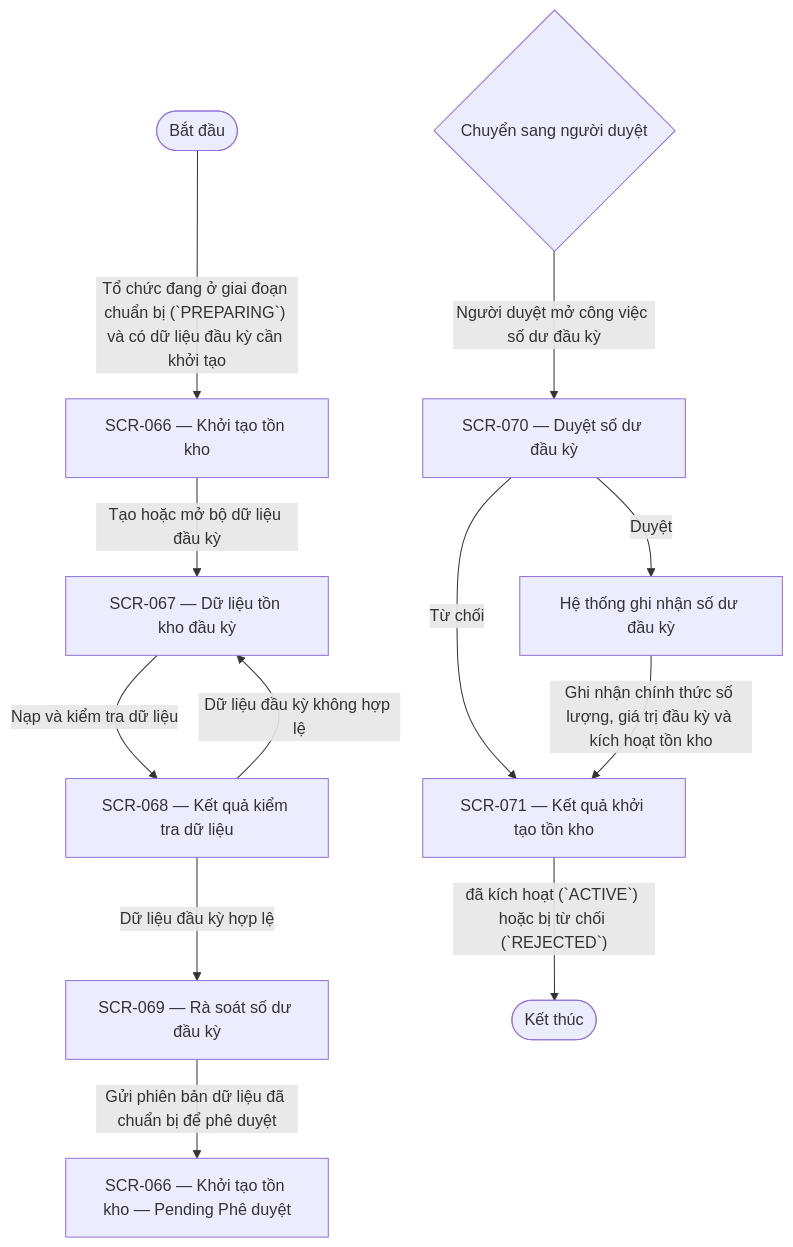
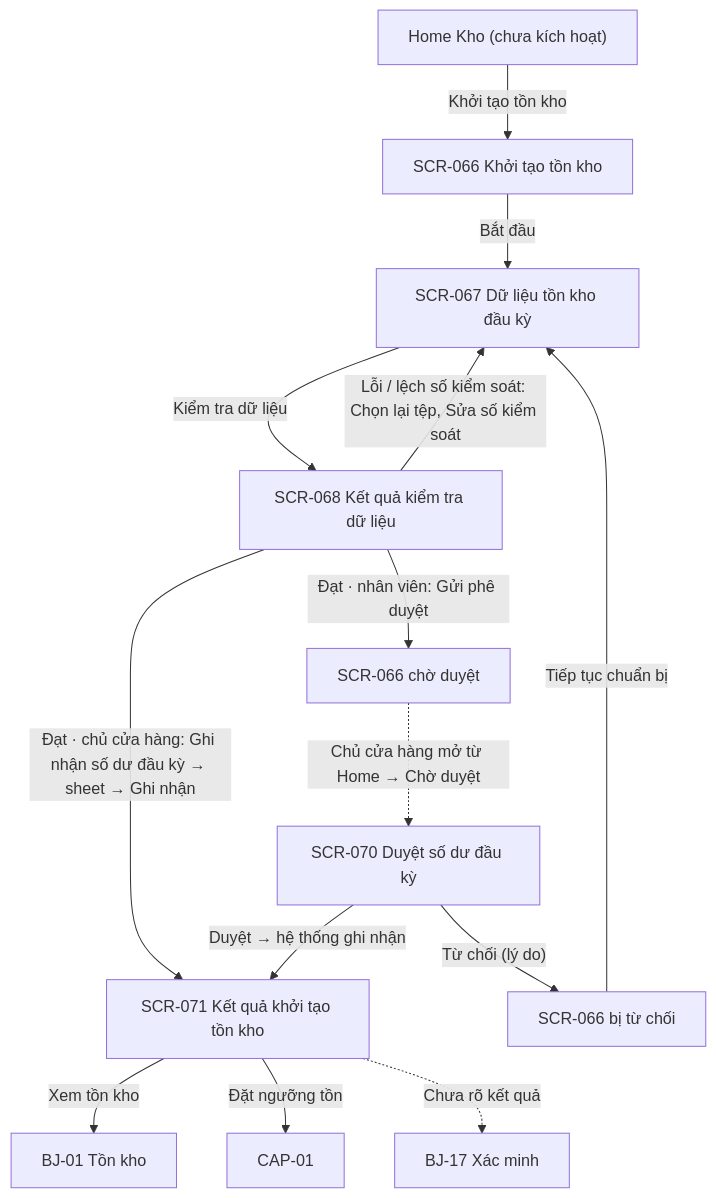
One commit to DsChien102/erp-sales-inventory changed the diagram in specs/themes/theme-07/03.design/flows/UIF-12-BJ-12.md. Above: the diagram before and after it, drawn with Mermaid. The commit also changed other lines of this file and 50 other files, not shown here.

````diff
--- a/specs/themes/theme-07/03.design/flows/UIF-12-BJ-12.md
+++ b/specs/themes/theme-07/03.design/flows/UIF-12-BJ-12.md
@@ -39,25 +37,16 @@
 ```mermaid
 flowchart TD
-    BEGIN(["Bắt đầu"])
-    SCR_066["SCR-066 — Khởi tạo tồn kho"]
-    SCR_067["SCR-067 — Dữ liệu tồn kho đầu kỳ"]
-    SCR_068["SCR-068 — Kết quả kiểm tra dữ liệu"]
-    SCR_069["SCR-069 — Rà soát số dư đầu kỳ"]
-    SCR_066_PENDING_APPROVAL["SCR-066 — Khởi tạo tồn kho — Pending Phê duyệt"]
-    HANDOFF_APPROVAL{"Chuyển sang người duyệt"}
-    SCR_070["SCR-070 — Duyệt số dư đầu kỳ"]
-    SCR_071["SCR-071 — Kết quả khởi tạo tồn kho"]
-    SYSTEM_COMMIT["Hệ thống ghi nhận số dư đầu kỳ"]
-    END(["Kết thúc"])
-    BEGIN -->|"Tổ chức đang ở giai đoạn chuẩn bị (`PREPARING`) và có dữ liệu đầu kỳ cần khởi tạo"| SCR_066
-    SCR_066 -->|"Tạo hoặc mở bộ dữ liệu đầu kỳ"| SCR_067
-    SCR_067 -->|"Nạp và kiểm tra dữ liệu"| SCR_068
-    SCR_068 -->|"Dữ liệu đầu kỳ hợp lệ"| SCR_069
-    SCR_068 -->|"Dữ liệu đầu kỳ không hợp lệ"| SCR_067
-    SCR_069 -->|"Gửi phiên bản dữ liệu đã chuẩn bị để phê duyệt"| SCR_066_PENDING_APPROVAL
-    HANDOFF_APPROVAL -->|"Người duyệt mở công việc số dư đầu kỳ"| SCR_070
-    SCR_070 -->|"Từ chối"| SCR_071
-    SCR_070 -->|"Duyệt"| SYSTEM_COMMIT
-    SYSTEM_COMMIT -->|"Ghi nhận chính thức số lượng, giá trị đầu kỳ và kích hoạt tồn kho"| SCR_071
-    SCR_071 -->|"đã kích hoạt (`ACTIVE`) hoặc bị từ chối (`REJECTED`)"| END
+    HUB["Home Kho (chưa kích hoạt)"] -->|"Khởi tạo tồn kho"| S066["SCR-066 Khởi tạo tồn kho"]
+    S066 -->|"Bắt đầu"| S067["SCR-067 Dữ liệu tồn kho đầu kỳ"]
+    S067 -->|"Kiểm tra dữ liệu"| S068["SCR-068 Kết quả kiểm tra dữ liệu"]
+    S068 -->|"Lỗi / lệch số kiểm soát: Chọn lại tệp, Sửa số kiểm soát"| S067
+    S068 -->|"Đạt · chủ cửa hàng: Ghi nhận số dư đầu kỳ → sheet → Ghi nhận"| S071["SCR-071 Kết quả khởi tạo tồn kho"]
+    S068 -->|"Đạt · nhân viên: Gửi phê duyệt"| S066P["SCR-066 chờ duyệt"]
+    S066P -.->|"Chủ cửa hàng mở từ Home → Chờ duyệt"| S070["SCR-070 Duyệt số dư đầu kỳ"]
+    S070 -->|"Duyệt → hệ thống ghi nhận"| S071
+    S070 -->|"Từ chối (lý do)"| S066R["SCR-066 bị từ chối"]
+    S066R -->|"Tiếp tục chuẩn bị"| S067
+    S071 -->|"Xem tồn kho"| BJ01["BJ-01 Tồn kho"]
+    S071 -->|"Đặt ngưỡng tồn"| CAP01["CAP-01"]
+    S071 -.->|"Chưa rõ kết quả"| BJ17["BJ-17 Xác minh"]
 ```
````
